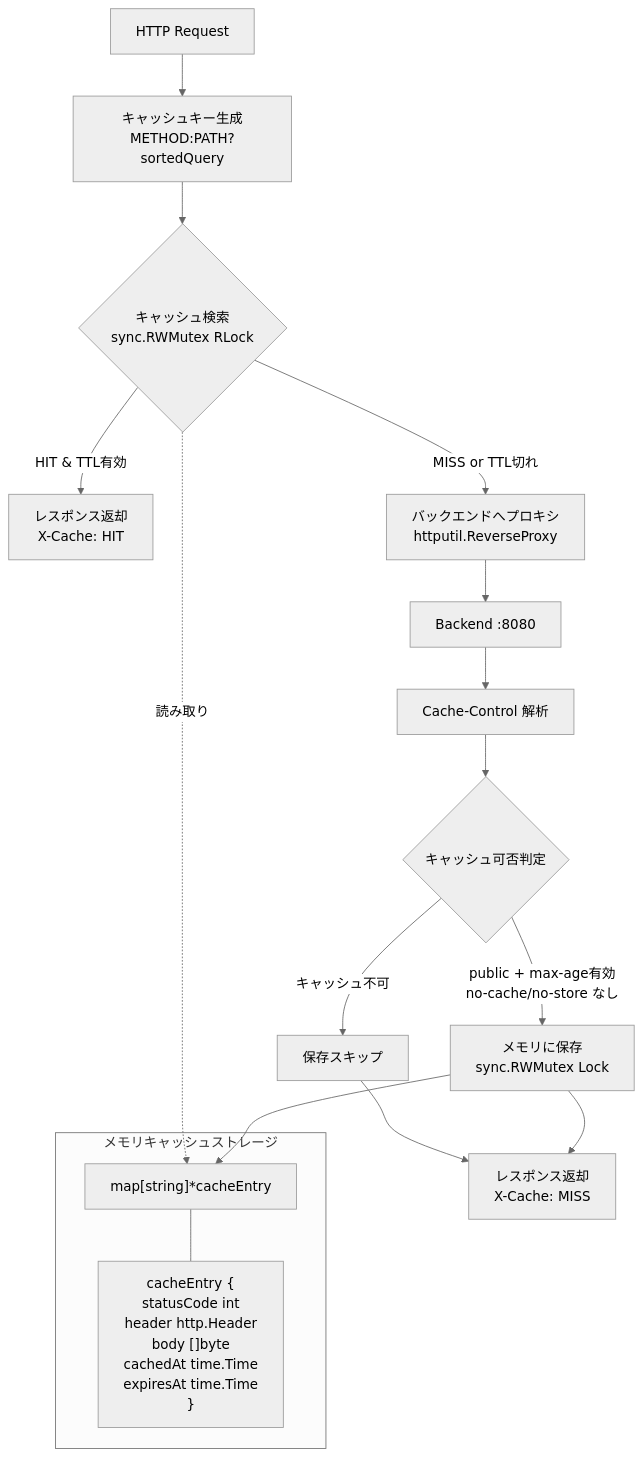
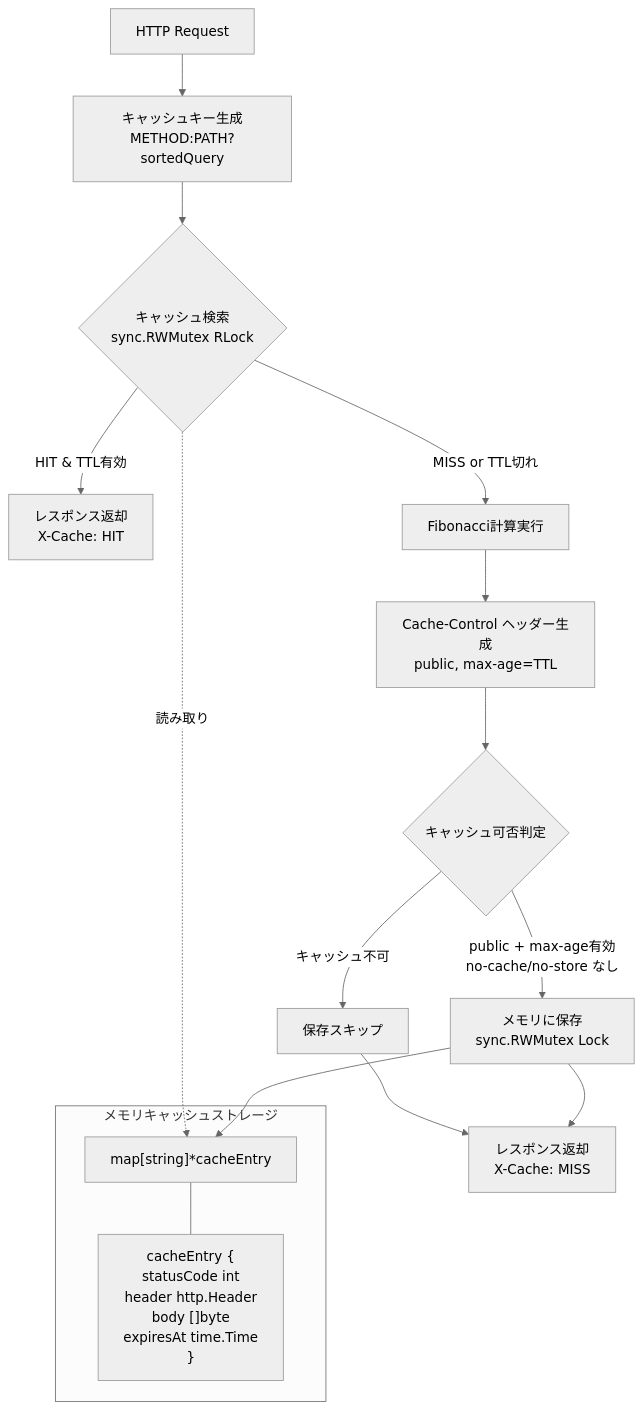
Before and after one commit to tanaka-yui/learning: the second of 2 diagrams in 02_cache/docs/app-cache.md, drawn with Mermaid (neutral theme). The commit also changed other lines of this file and 11 other files, not shown here.

````diff
--- a/02_cache/docs/app-cache.md
+++ b/02_cache/docs/app-cache.md
@@ -37,27 +36,26 @@
 ```mermaid
 flowchart TD
     REQ[HTTP Request] --> KEYGEN[キャッシュキー生成<br/>METHOD:PATH?sortedQuery]
     KEYGEN --> LOOKUP{キャッシュ検索<br/>sync.RWMutex RLock}
 
     LOOKUP -->|HIT & TTL有効| RESP_HIT[レスポンス返却<br/>X-Cache: HIT]
-    LOOKUP -->|MISS or TTL切れ| PROXY[バックエンドへプロキシ<br/>httputil.ReverseProxy]
+    LOOKUP -->|MISS or TTL切れ| CALC[Fibonacci計算実行]
 
-    PROXY --> BACKEND[Backend :8080]
-    BACKEND --> CC_PARSE[Cache-Control 解析]
+    CALC --> CC_GEN[Cache-Control ヘッダー生成<br/>public, max-age=TTL]
 
-    CC_PARSE --> CHECK{キャッシュ可否判定}
+    CC_GEN --> CHECK{キャッシュ可否判定}
     CHECK -->|public + max-age有効<br/>no-cache/no-store なし| STORE[メモリに保存<br/>sync.RWMutex Lock]
     CHECK -->|キャッシュ不可| SKIP[保存スキップ]
 
     STORE --> RESP_MISS[レスポンス返却<br/>X-Cache: MISS]
     SKIP --> RESP_MISS
 
     subgraph メモリキャッシュストレージ
         MAP["map[string]*cacheEntry"]
-        ENTRY["cacheEntry {<br/>statusCode int<br/>header http.Header<br/>body []byte<br/>cachedAt time.Time<br/>expiresAt time.Time<br/>}"]
+        ENTRY["cacheEntry {<br/>statusCode int<br/>header http.Header<br/>body []byte<br/>expiresAt time.Time<br/>}"]
         MAP --- ENTRY
     end
 
     STORE --> MAP
     LOOKUP -.->|読み取り| MAP
 ```
````
